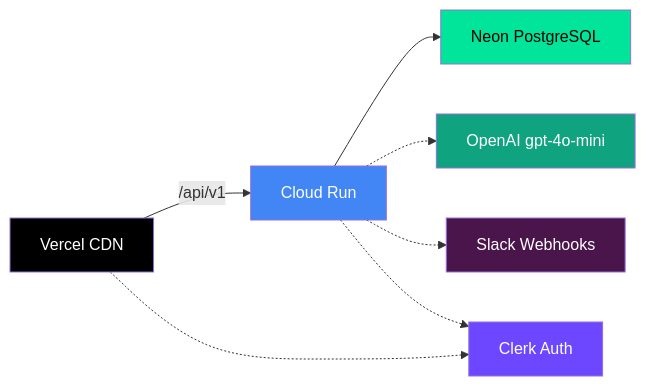
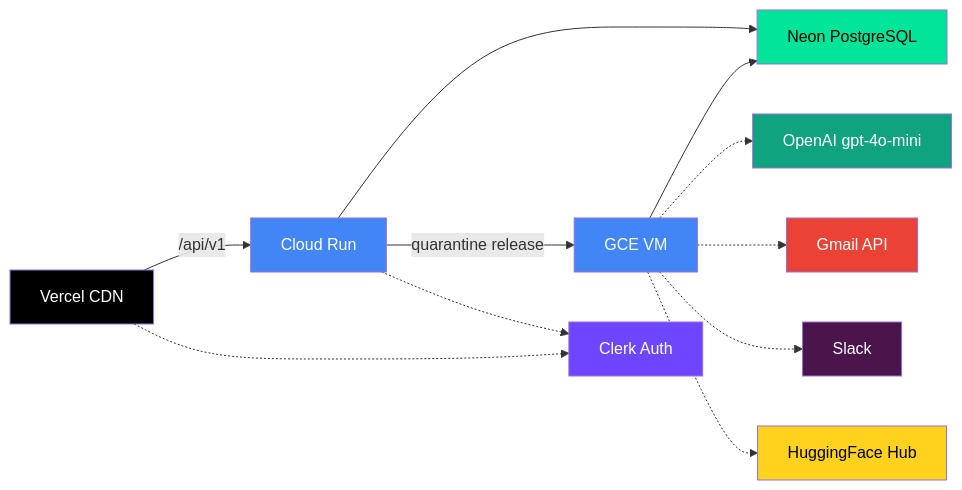
The third of 5 diagrams in README.es.md (sogliano/guardia), drawn with Mermaid before and after one commit. The commit also changed other lines of this file and 10 other files, not shown here.

````diff
--- a/README.es.md
+++ b/README.es.md
@@ -312,16 +314,23 @@
 ```mermaid
 graph LR
     V["Vercel CDN"] -->|"/api/v1"| CR["Cloud Run"]
     CR --> N["Neon PostgreSQL"]
-    CR -.-> OAI["OpenAI gpt-4o-mini"]
-    CR -.-> SL["Slack Webhooks"]
+    CR -->|"quarantine release"| VM["GCE VM"]
+    VM --> N
+    VM -.-> OAI["OpenAI gpt-4o-mini"]
+    VM -.-> GMAIL["Gmail API"]
+    VM -.-> SL["Slack"]
+    VM -.-> HF["HuggingFace Hub"]
     V -.-> CL["Clerk Auth"]
     CR -.-> CL
 
     style V fill:#000,color:#fff
     style CR fill:#4285f4,color:#fff
+    style VM fill:#4285f4,color:#fff
     style N fill:#00e599,color:#000
     style CL fill:#6c47ff,color:#fff
     style OAI fill:#10a37f,color:#fff
+    style GMAIL fill:#ea4335,color:#fff
+    style HF fill:#ffd21e,color:#000
     style SL fill:#4a154b,color:#fff
 ```
````
